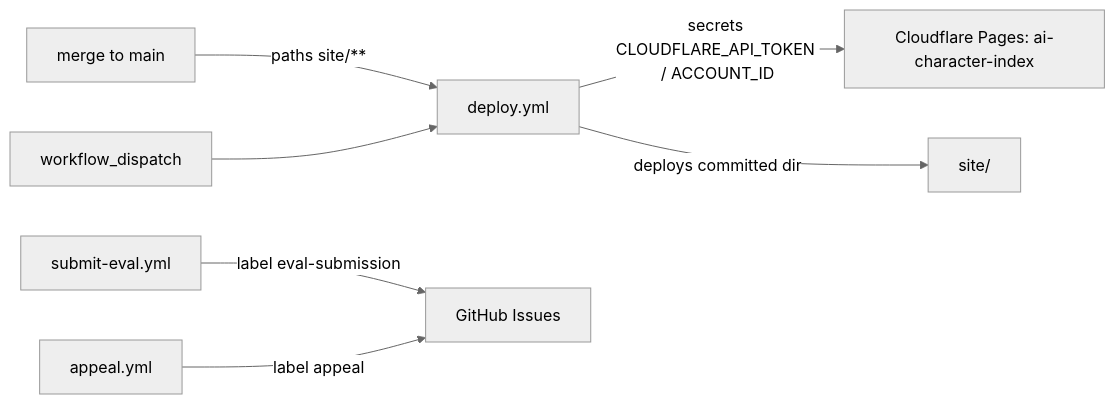
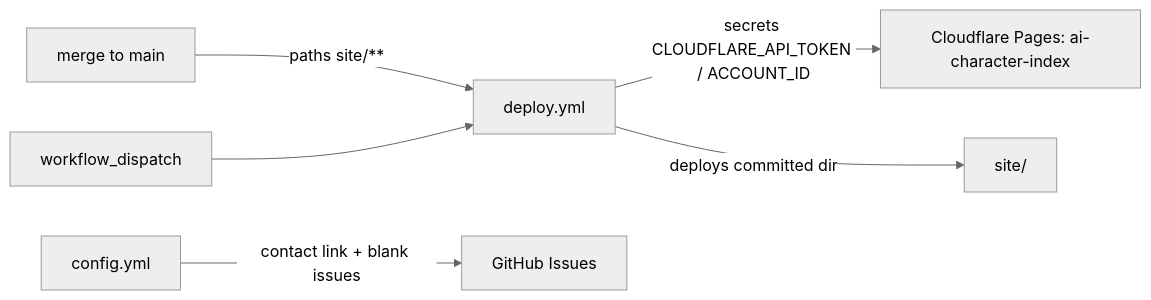
The diagram in .github/OVERVIEW.md (AndresCotton/ai-character-index), drawn with Mermaid (neutral theme) before and after one commit. The commit also changed other lines of this file and 4 other files, not shown here.

````diff
--- a/.github/OVERVIEW.md
+++ b/.github/OVERVIEW.md
@@ -24,9 +22,8 @@
 ```mermaid
 graph LR
   PR[merge to main] -->|paths site/**| DW[deploy.yml]
   WD[workflow_dispatch] --> DW
   DW -->|secrets CLOUDFLARE_API_TOKEN / ACCOUNT_ID| CF[Cloudflare Pages: ai-character-index]
   DW -->|deploys committed dir| SITE[site/]
-  SE[submit-eval.yml] -->|label eval-submission| GH[GitHub Issues]
-  AP[appeal.yml] -->|label appeal| GH
+  CFGL[config.yml] -->|contact link + blank issues| GH[GitHub Issues]
 ```
````
